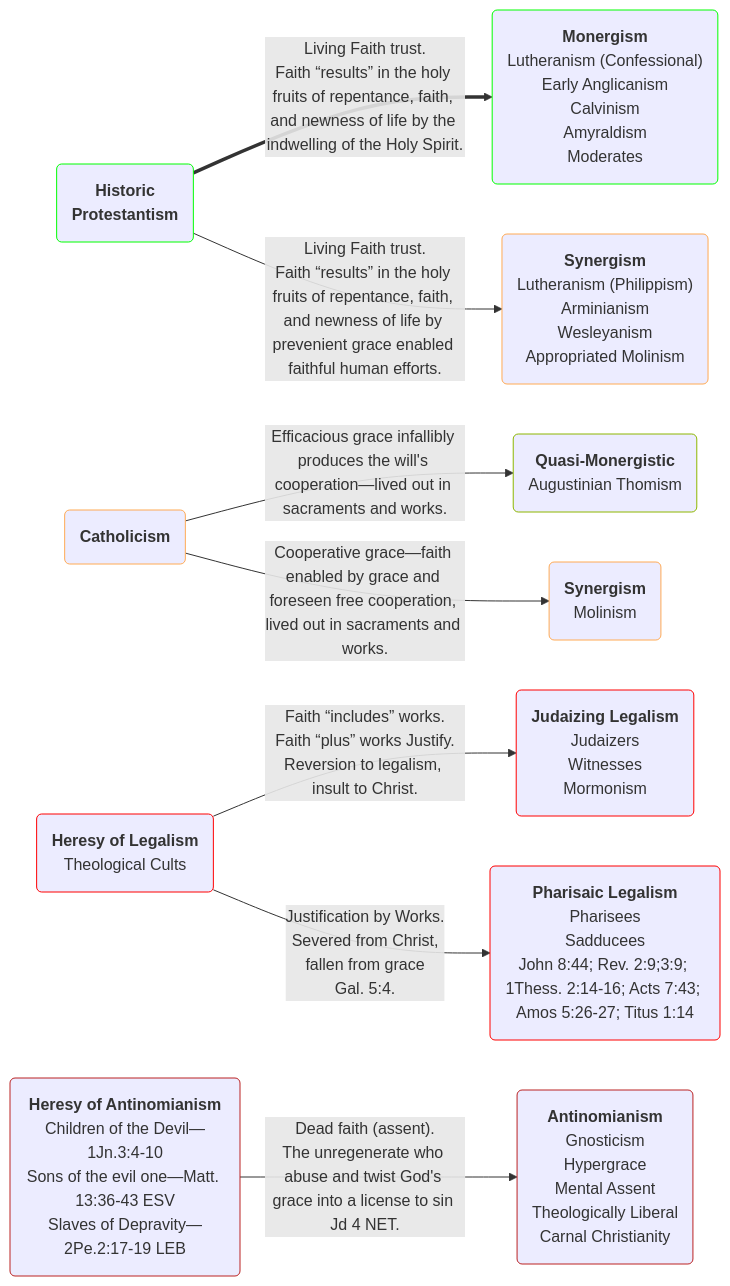
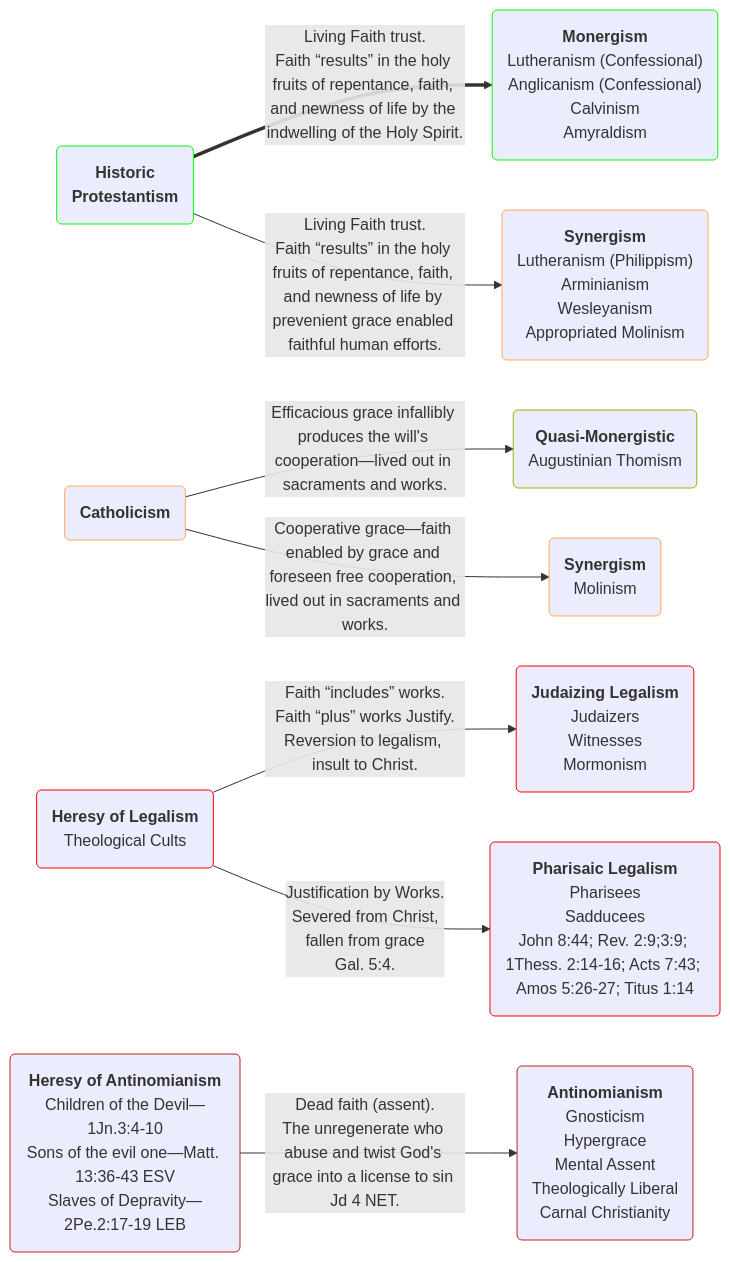
The first of 2 diagrams in _posts/2025-08-03-historic-protestant-position.markdown (OrdoLuminis/ordoluminis.github.io), drawn with Mermaid before and after one commit. The commit also changed other lines of this file, not shown here.

````diff
--- a/_posts/2025-08-03-historic-protestant-position.markdown
+++ b/_posts/2025-08-03-historic-protestant-position.markdown
@@ -55,23 +55,23 @@
 ```mermaid
 flowchart LR
     A(<strong>Historic<br>Protestantism</strong>):::green
     B(<strong>Catholicism</strong>):::orange
     C(<strong>Heresy of Legalism</strong><br>Theological Cults):::red
     D(<strong>Heresy of Antinomianism</strong><br>Children of the Devil&mdash;1Jn.3:4-10<br>Sons of the evil one&mdash;Matt. 13:36-43 ESV<br>Slaves of Depravity&mdash;2Pe.2:17-19 LEB):::firebrick
-    A ==>|Living Faith trust.<br>Faith &ldquo;results&rdquo; in the holy fruits of repentance, faith, and newness of life by the indwelling of the Holy Spirit.| G(<strong>Monergism</strong><br>Lutheranism &lpar;Confessional&rpar;<br>Early Anglicanism<br>Calvinism<br>Amyraldism<br>Moderates):::green
+    A ==>|Living Faith trust.<br>Faith &ldquo;results&rdquo; in the holy fruits of repentance, faith, and newness of life by the indwelling of the Holy Spirit.| G(<strong>Monergism</strong><br>Lutheranism &lpar;Confessional&rpar;<br>Anglicanism &lpar;Confessional&rpar;<br>Calvinism<br>Amyraldism):::green
     A -->|Living Faith trust.<br>Faith &ldquo;results&rdquo; in the holy fruits of repentance, faith, and newness of life by prevenient grace enabled faithful human efforts.| H(<strong>Synergism</strong><br>Lutheranism &lpar;Philippism&rpar;<br>Arminianism<br>Wesleyanism<br>Appropriated Molinism):::orange
     B -->|Efficacious grace infallibly produces the will's cooperation&mdash;lived out in sacraments and works.| N(<strong>Quasi-Monergistic</strong><br>Augustinian Thomism):::yellowgreen
     B -->|Cooperative grace&mdash;faith enabled by grace and foreseen free cooperation, lived out in sacraments and works.| I(<strong>Synergism</strong><br>Molinism):::orange
     C -->|Faith &ldquo;includes&rdquo; works.<br>Faith &ldquo;plus&rdquo; works Justify.<br>Reversion to legalism, insult to Christ.| J(<strong>Judaizing Legalism</strong><br>Judaizers<br>Witnesses<br>Mormonism):::red
     C -->|Justification by Works.<br>Severed from Christ,<br>fallen from grace<br>Gal. 5:4.| K(<strong>Pharisaic Legalism</strong><br>Pharisees<br>Sadducees<br>John 8:44; Rev. 2:9;3:9; 1Thess. 2:14-16; Acts 7:43; Amos 5:26-27; Titus 1:14):::red
     D -->|Dead faith &lpar;assent&rpar;.<br>The unregenerate who abuse and twist God's grace into a license to sin Jd 4 NET.| L(<strong>Antinomianism</strong><br>Gnosticism<br>Hypergrace<br>Mental Assent<br>Theologically Liberal<br>Carnal Christianity):::firebrick
     classDef red stroke:#f00
     classDef green stroke:#0f0
     classDef lightgreen stroke:#Bf0
     classDef yellowgreen stroke:#8db600
     classDef darkgreen stroke:#006400
     classDef orange stroke:#fa5
     classDef firebrick stroke:#b22
     classDef darkred stroke:#8B0000
     classDef darkerred stroke:#701705
 ```
````
